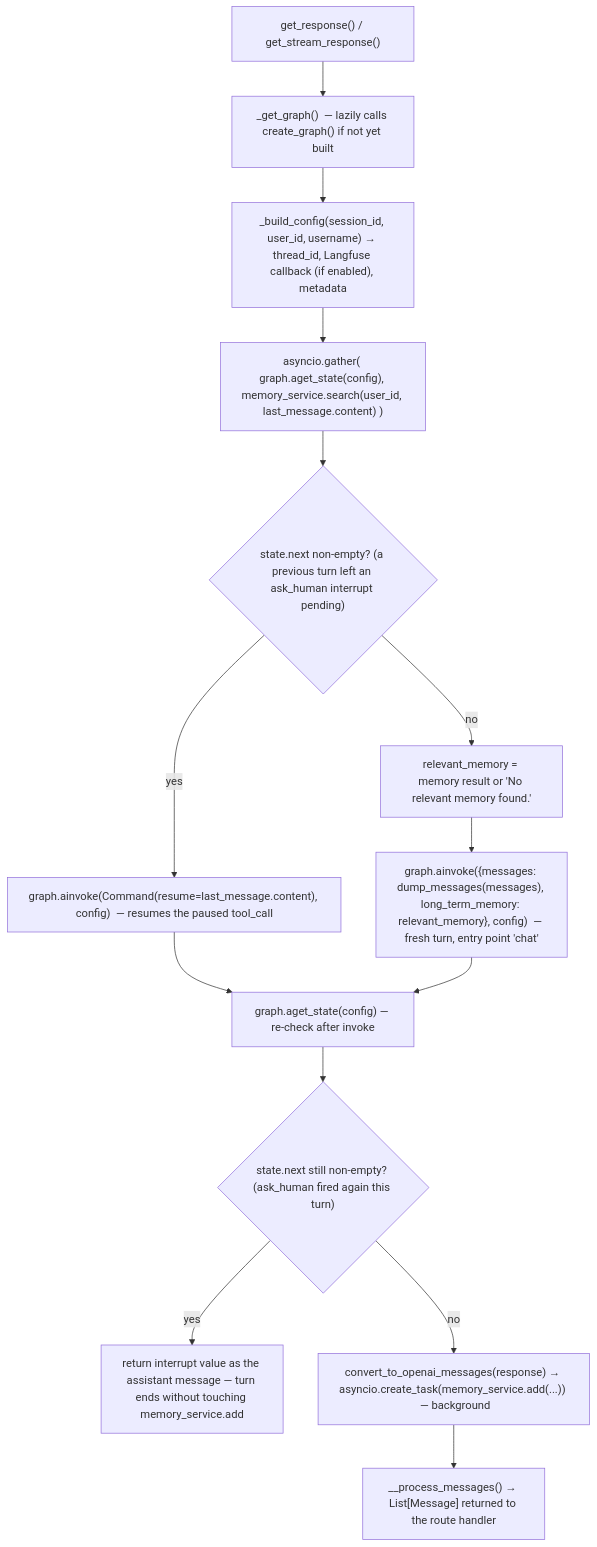
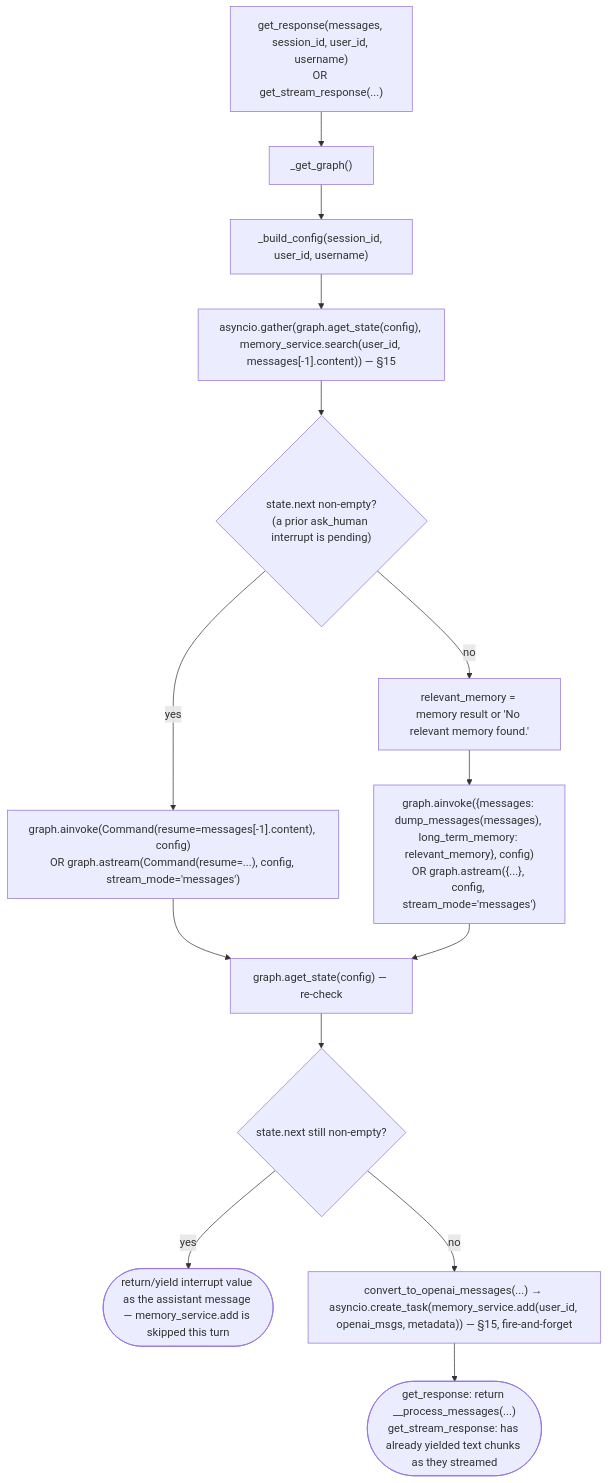
One commit to yashwilk/Craster_ChatBot changed diagram 11 of 18 in dataflow.md. Above: the diagram before and after it, drawn with Mermaid. The commit also changed other lines of this file, not shown here.

````diff
--- a/dataflow.md
+++ b/dataflow.md
@@ -302,16 +373,16 @@
 ```mermaid
 flowchart TD
-    A["get_response() / get_stream_response()"] --> B["_get_graph()  — lazily calls create_graph() if not yet built"]
-    B --> C["_build_config(session_id, user_id, username) → thread_id, Langfuse callback (if enabled), metadata"]
-    C --> D["asyncio.gather( graph.aget_state(config), memory_service.search(user_id, last_message.content) )"]
-    D --> E{"state.next non-empty? (a previous turn left an ask_human interrupt pending)"}
-    E -- yes --> F["graph.ainvoke(Command(resume=last_message.content), config)  — resumes the paused tool_call"]
+    A["get_response(messages, session_id, user_id, username)\nOR get_stream_response(...)"] --> B["_get_graph()"]
+    B --> C["_build_config(session_id, user_id, username)"]
+    C --> D["asyncio.gather(graph.aget_state(config), memory_service.search(user_id, messages[-1].content)) — §15"]
+    D --> E{"state.next non-empty?\n(a prior ask_human interrupt is pending)"}
+    E -- yes --> F["graph.ainvoke(Command(resume=messages[-1].content), config)\nOR graph.astream(Command(resume=...), config, stream_mode='messages')"]
     E -- no --> G["relevant_memory = memory result or 'No relevant memory found.'"]
-    G --> H["graph.ainvoke({messages: dump_messages(messages), long_term_memory: relevant_memory}, config)  — fresh turn, entry point 'chat'"]
-    F --> I["graph.aget_state(config) — re-check after invoke"]
+    G --> H["graph.ainvoke({messages: dump_messages(messages), long_term_memory: relevant_memory}, config)\nOR graph.astream({...}, config, stream_mode='messages')"]
+    F --> I["graph.aget_state(config) — re-check"]
     H --> I
-    I --> J{"state.next still non-empty? (ask_human fired again this turn)"}
-    J -- yes --> K["return interrupt value as the assistant message — turn ends without touching memory_service.add"]
-    J -- no --> L["convert_to_openai_messages(response) → asyncio.create_task(memory_service.add(...))  — background"]
-    L --> M["__process_messages() → List[Message] returned to the route handler"]
+    I --> J{"state.next still non-empty?"}
+    J -- yes --> K(["return/yield interrupt value as the assistant message — memory_service.add is skipped this turn"])
+    J -- no --> L["convert_to_openai_messages(...) → asyncio.create_task(memory_service.add(user_id, openai_msgs, metadata)) — §15, fire-and-forget"]
+    L --> M(["get_response: return __process_messages(...)\nget_stream_response: has already yielded text chunks as they streamed"])
 ```
````
